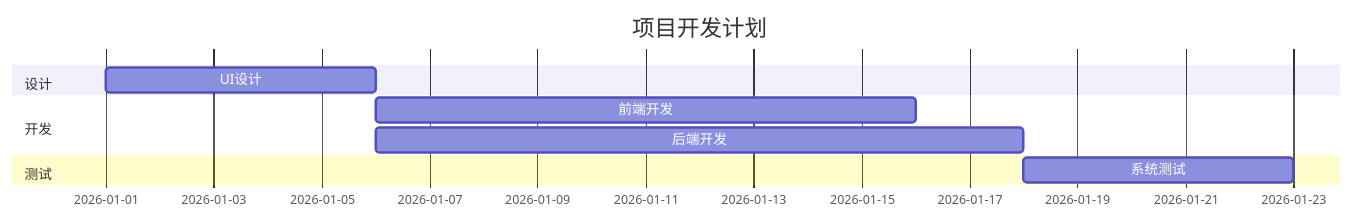
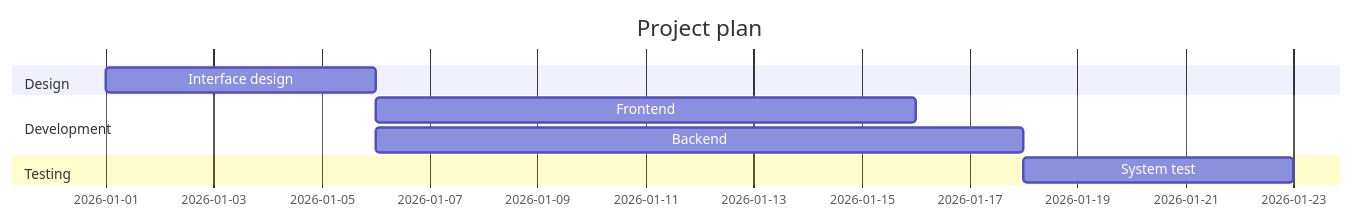
Before and after one commit to kxenon0rix/kxenon0rix.github.io: the third of 5 diagrams in content/articles/markdown-test.md, drawn with Mermaid. The commit also changed other lines of this file and 35 other files, not shown here.

````diff
--- a/content/articles/markdown-test.md
+++ b/content/articles/markdown-test.md
@@ -208,15 +204,12 @@
 ```mermaid
 gantt
-    title 项目开发计划
+    title Project plan
     dateFormat YYYY-MM-DD
-
-    section 设计
-    UI设计 :a1, 2026-01-01, 5d
-
-    section 开发
-    前端开发 :a2, after a1, 10d
-    后端开发 :a3, after a1, 12d
-
-    section 测试
-    系统测试 :a4, after a3, 5d
+    section Design
+    Interface design :a1, 2026-01-01, 5d
+    section Development
+    Frontend :a2, after a1, 10d
+    Backend :a3, after a1, 12d
+    section Testing
+    System test :a4, after a3, 5d
 ```
````
